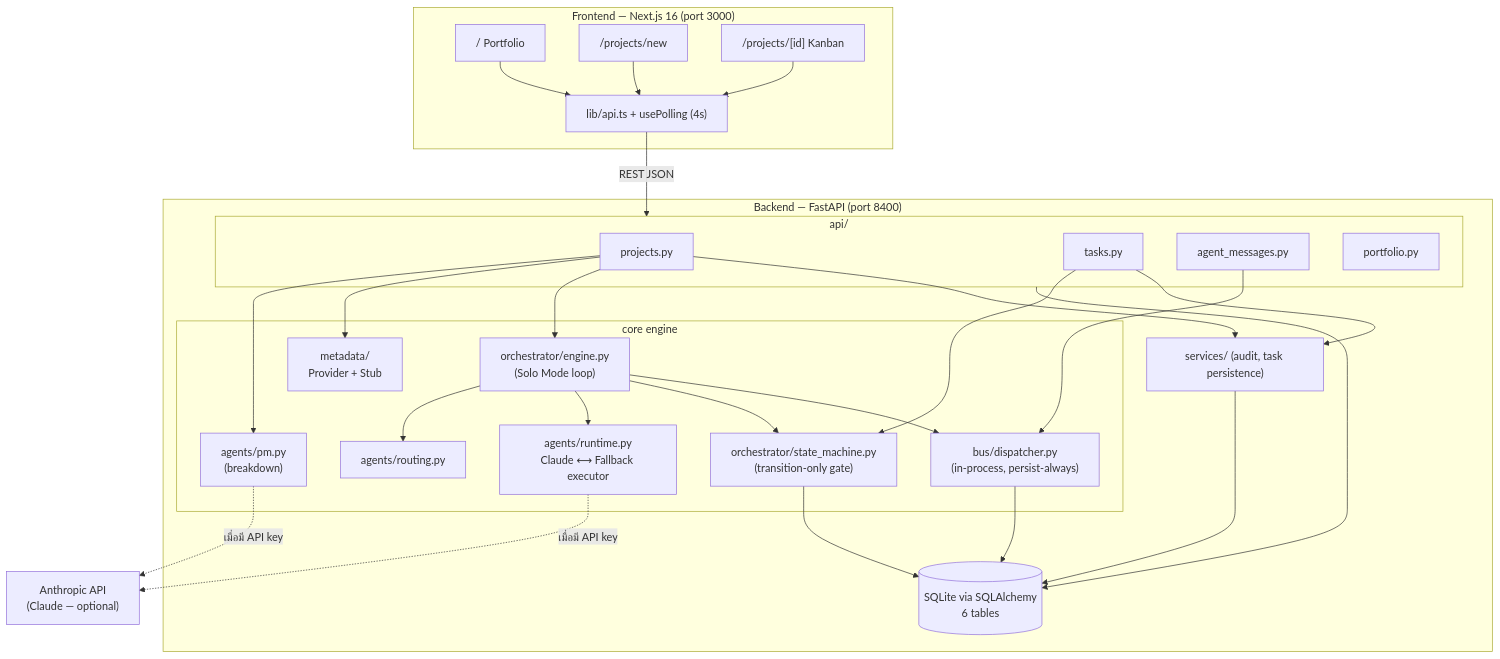
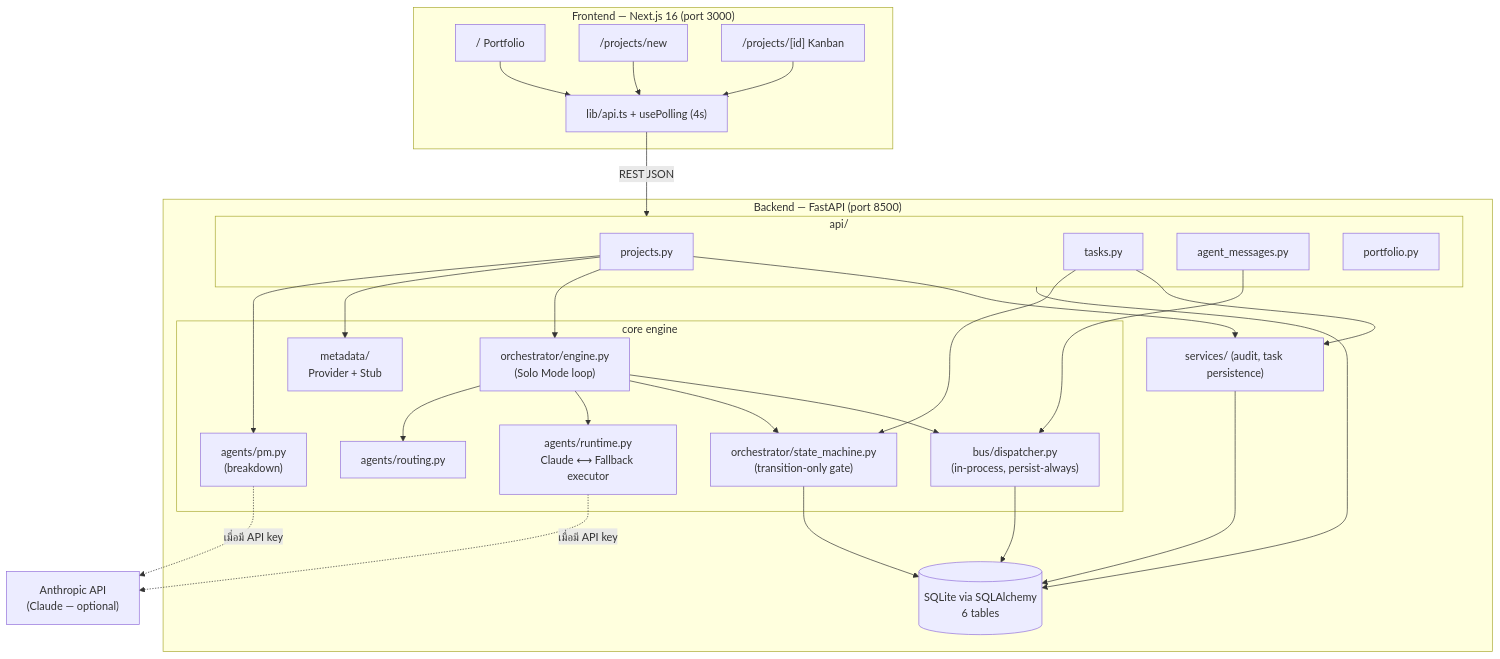
One commit to ohho2518/d_DEP-PM_Platform changed the first of 4 diagrams in docs/ARCHITECTURE.md. Above: the diagram before and after it, drawn with Mermaid. The commit also changed other lines of this file and 14 other files, not shown here.

First line of the commit message:
Fix: move backend port 8400 -> 8500 (8400 belongs to d_Jarvis web channel)

````diff
--- a/docs/ARCHITECTURE.md
+++ b/docs/ARCHITECTURE.md
@@ -84,36 +84,36 @@
 ```mermaid
 flowchart TB
     subgraph Frontend["Frontend — Next.js 16 (port 3000)"]
         P["/ Portfolio"] & N["/projects/new"] & K["/projects/[id] Kanban"]
         LIB["lib/api.ts + usePolling (4s)"]
         P & N & K --> LIB
     end
 
-    subgraph Backend["Backend — FastAPI (port 8400)"]
+    subgraph Backend["Backend — FastAPI (port 8500)"]
         subgraph API["api/"]
             R1[projects.py] & R2[tasks.py] & R3[agent_messages.py] & R4[portfolio.py]
         end
         subgraph Core["core engine"]
             SM["orchestrator/state_machine.py<br/>(transition-only gate)"]
             ENG["orchestrator/engine.py<br/>(Solo Mode loop)"]
             ROUTE["agents/routing.py"]
             RT["agents/runtime.py<br/>Claude ⟷ Fallback executor"]
             PM["agents/pm.py<br/>(breakdown)"]
             BUS["bus/dispatcher.py<br/>(in-process, persist-always)"]
             META["metadata/<br/>Provider + Stub"]
         end
         SVC["services/ (audit, task persistence)"]
         DB[(SQLite via SQLAlchemy<br/>6 tables)]
     end
 
     CLAUDE["Anthropic API<br/>(Claude — optional)"]
 
     LIB -->|"REST JSON"| API
     R1 --> PM & META & ENG & SVC
     R2 --> SM & SVC
     R3 --> BUS
     ENG --> ROUTE & RT & SM & BUS
     PM & RT -.->|"เมื่อมี API key"| CLAUDE
     SM & BUS & SVC --> DB
     API --> DB
 ```
````
